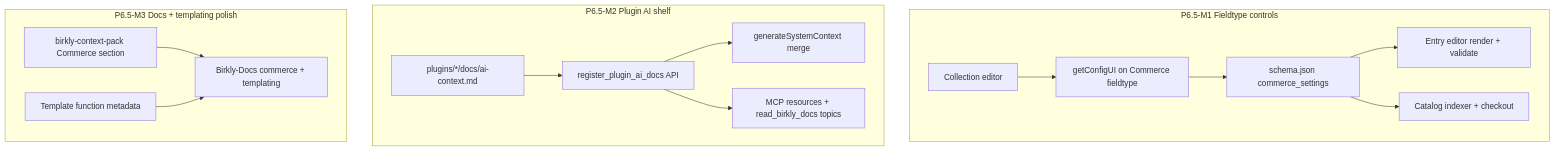
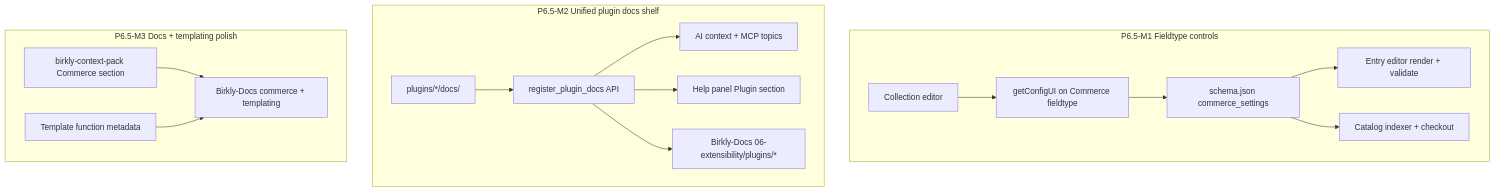
The first of 2 diagrams in docs/reviews/P6.5-commerce-polish-ai-plan.md (Raaakete/Birkly), drawn with Mermaid before and after one commit. The commit also changed other lines of this file, not shown here.

First line of the commit message:
docs(P6.5): unified plugin docs shelf, bundle fieldtype, CMS comparison

````diff
--- a/docs/reviews/P6.5-commerce-polish-ai-plan.md
+++ b/docs/reviews/P6.5-commerce-polish-ai-plan.md
@@ -45,28 +45,31 @@
 ```mermaid
 flowchart TB
   subgraph ws1 [P6.5-M1 Fieldtype controls]
     CE[Collection editor]
     CFG[getConfigUI on Commerce fieldtype]
     SCH[schema.json commerce_settings]
     CE --> CFG --> SCH
     SCH --> RENDER[Entry editor render + validate]
     SCH --> IDX[Catalog indexer + checkout]
   end
 
-  subgraph ws2 [P6.5-M2 Plugin AI shelf]
-    PD[plugins/*/docs/ai-context.md]
-    REG[register_plugin_ai_docs API]
-    CTX[generateSystemContext merge]
-    MCP[MCP resources + read_birkly_docs topics]
-    PD --> REG --> CTX
-    REG --> MCP
+  subgraph ws2 [P6.5-M2 Unified plugin docs shelf]
+    PD[plugins/*/docs/]
+    REG[register_plugin_docs API]
+    AI[AI context + MCP topics]
+    HELP[Help panel Plugin section]
+    BDOCS[Birkly-Docs 06-extensibility/plugins/*]
+    PD --> REG
+    REG --> AI
+    REG --> HELP
+    REG --> BDOCS
   end
 
   subgraph ws3 [P6.5-M3 Docs + templating polish]
     PACK[birkly-context-pack Commerce section]
     TF[Template function metadata]
     DOCS[Birkly-Docs commerce + templating]
     PACK --> DOCS
     TF --> DOCS
   end
 ```
````
